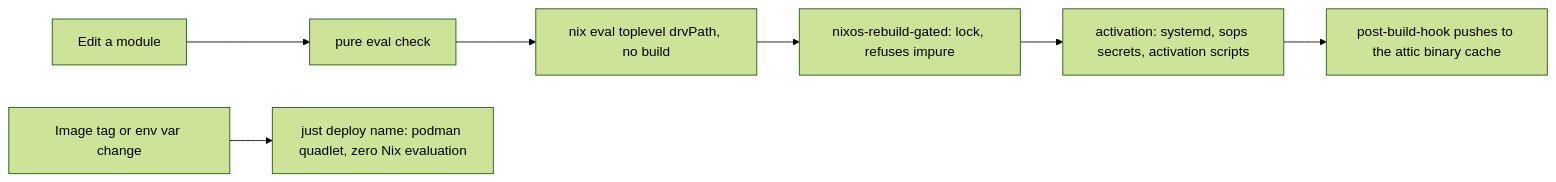
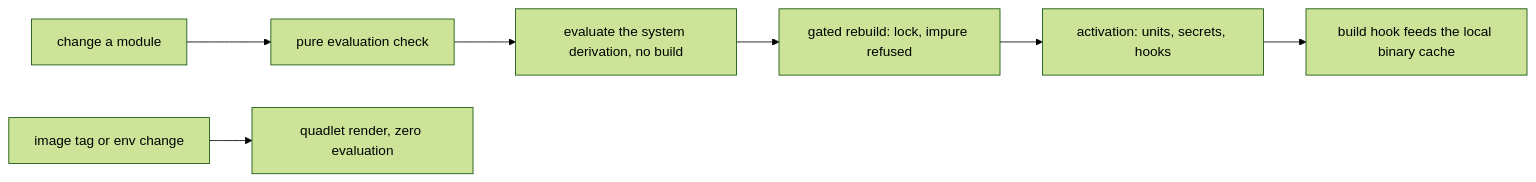
Before and after one commit to MarcPartensky/nixos: the fourth of 8 diagrams in README.md, drawn with Mermaid (forest theme). The commit also changed other lines of this file, not shown here.

````diff
--- a/README.md
+++ b/README.md
@@ -139,9 +142,9 @@
 ```mermaid
 flowchart LR
-  e["Edit a module"] --> pure["pure eval check"]
-  pure --> ev["nix eval toplevel drvPath, no build"]
-  ev --> gate["nixos-rebuild-gated: lock, refuses impure"]
-  gate --> act["activation: systemd, sops secrets, activation scripts"]
-  act --> cache["post-build-hook pushes to the attic binary cache"]
-  img["Image tag or env var change"] --> quad["just deploy name: podman quadlet, zero Nix evaluation"]
+  e["change a module"] --> pure["pure evaluation check"]
+  pure --> ev["evaluate the system derivation, no build"]
+  ev --> gate["gated rebuild: lock, impure refused"]
+  gate --> act["activation: units, secrets, hooks"]
+  act --> cache["build hook feeds the local binary cache"]
+  img["image tag or env change"] --> quad["quadlet render, zero evaluation"]
 ```
````
